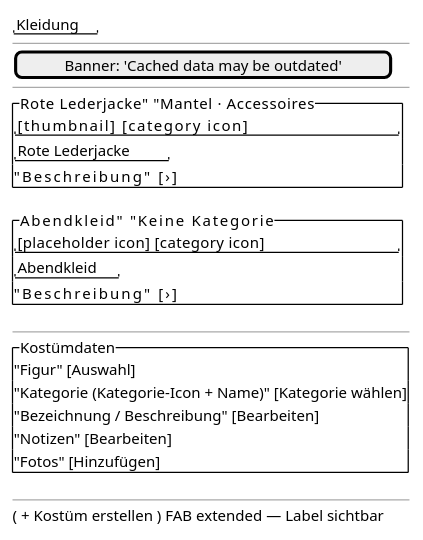
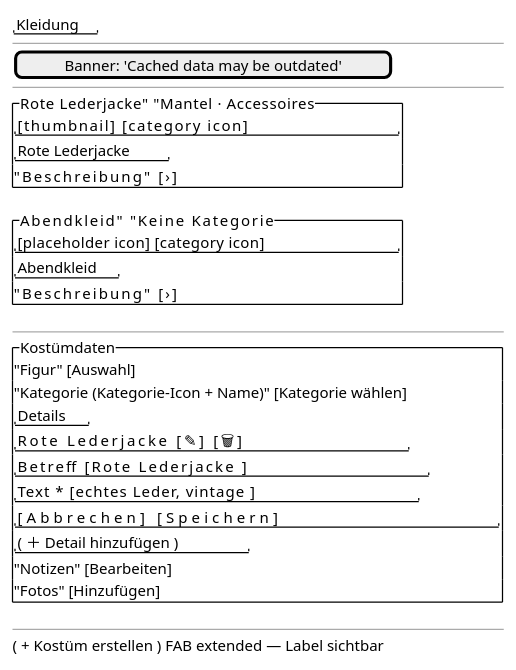
Before and after one commit to tradem/breakdown-rs: the diagram in docs/design/screens/costumes.md, drawn with PlantUML. The commit also changed other lines of this file and 17 other files, not shown here.

````diff
--- a/docs/design/screens/costumes.md
+++ b/docs/design/screens/costumes.md
@@ -17,27 +17,32 @@
 ```plantuml
 @startsalt
 {
   "Kleidung"
   --
   [Banner: 'Cached data may be outdated']
   --
   {^ "Rote Lederjacke"       "Mantel · Accessoires"
      " [thumbnail]           [category icon]"
      "Rote Lederjacke"
      "Beschreibung"          [›]}
   {^ "Abendkleid"             "Keine Kategorie"
      " [placeholder icon]    [category icon]"
      "Abendkleid"
      "Beschreibung"          [›]}
   --
   {^ "Kostümdaten"
      "Figur" [Auswahl]
      "Kategorie (Kategorie-Icon + Name)" [Kategorie wählen]
-     "Bezeichnung / Beschreibung" [Bearbeiten]
+     "Details"
+     "Rote Lederjacke                [✎] [🗑]"
+     "  Betreff [Rote Lederjacke              ]"
+     "  Text *  [echtes Leder, vintage       ]"
+     "  [Abbrechen]                        [Speichern]"
+     "( ＋ Detail hinzufügen )"
      "Notizen" [Bearbeiten]
      "Fotos" [Hinzufügen]}
   --
   ( + Kostüm erstellen ) FAB extended — Label sichtbar
 }
 @endsalt
 ```
````
